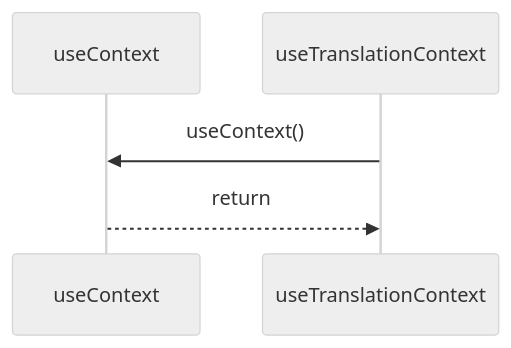
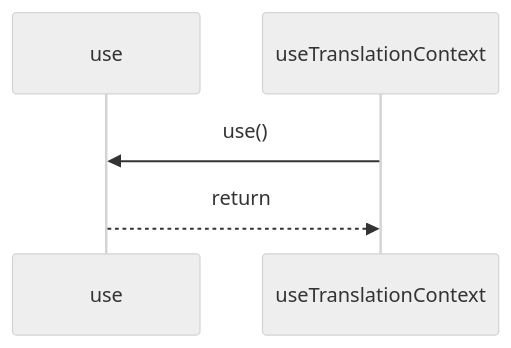
Before and after one commit to ankhorage/surface: the diagram in paradox/diagrams/sequences/use-translation-context.mmd, drawn with Mermaid (neutral theme). The commit also changed 75 other files, not shown here.

```diff
--- a/paradox/diagrams/sequences/use-translation-context.mmd
+++ b/paradox/diagrams/sequences/use-translation-context.mmd
@@ -1,5 +1,5 @@
 sequenceDiagram
-  participant participant_useContext as useContext
+  participant participant_use as use
   participant participant_useTranslationContext as useTranslationContext
-  participant_useTranslationContext->>participant_useContext: useContext()
-  participant_useContext-->>participant_useTranslationContext: return
+  participant_useTranslationContext->>participant_use: use()
+  participant_use-->>participant_useTranslationContext: return
```
